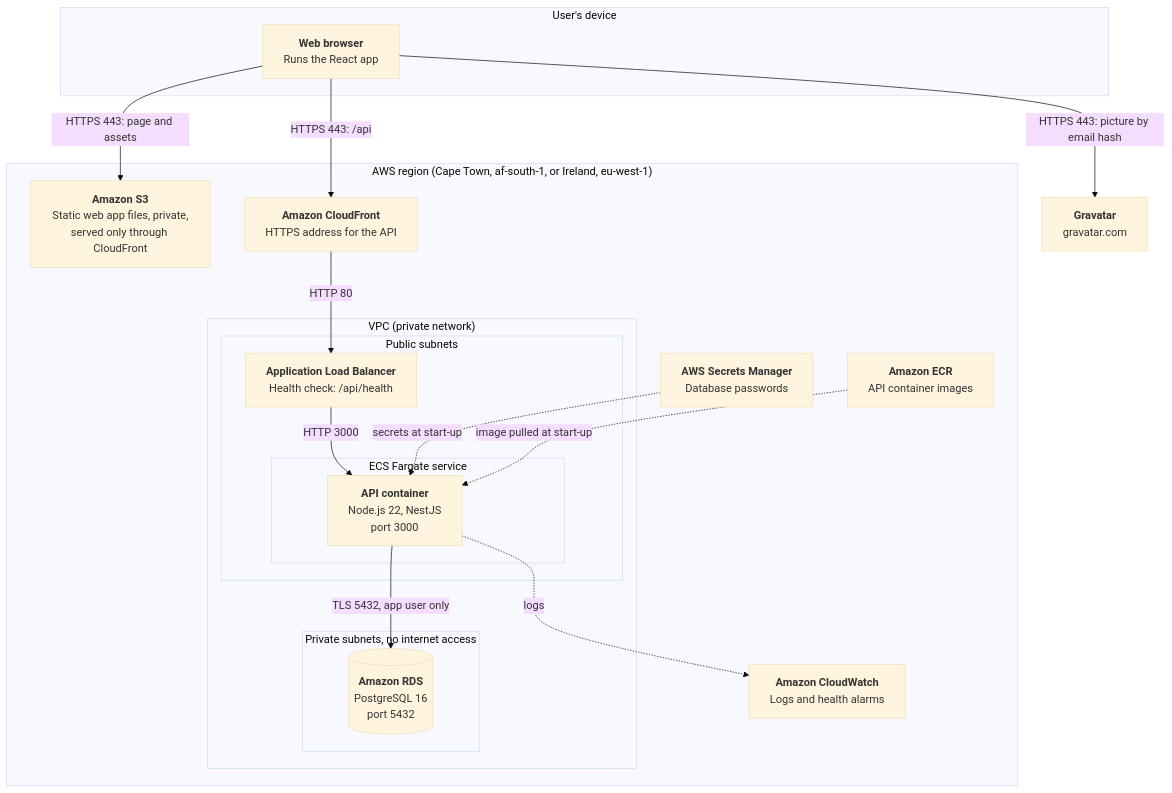
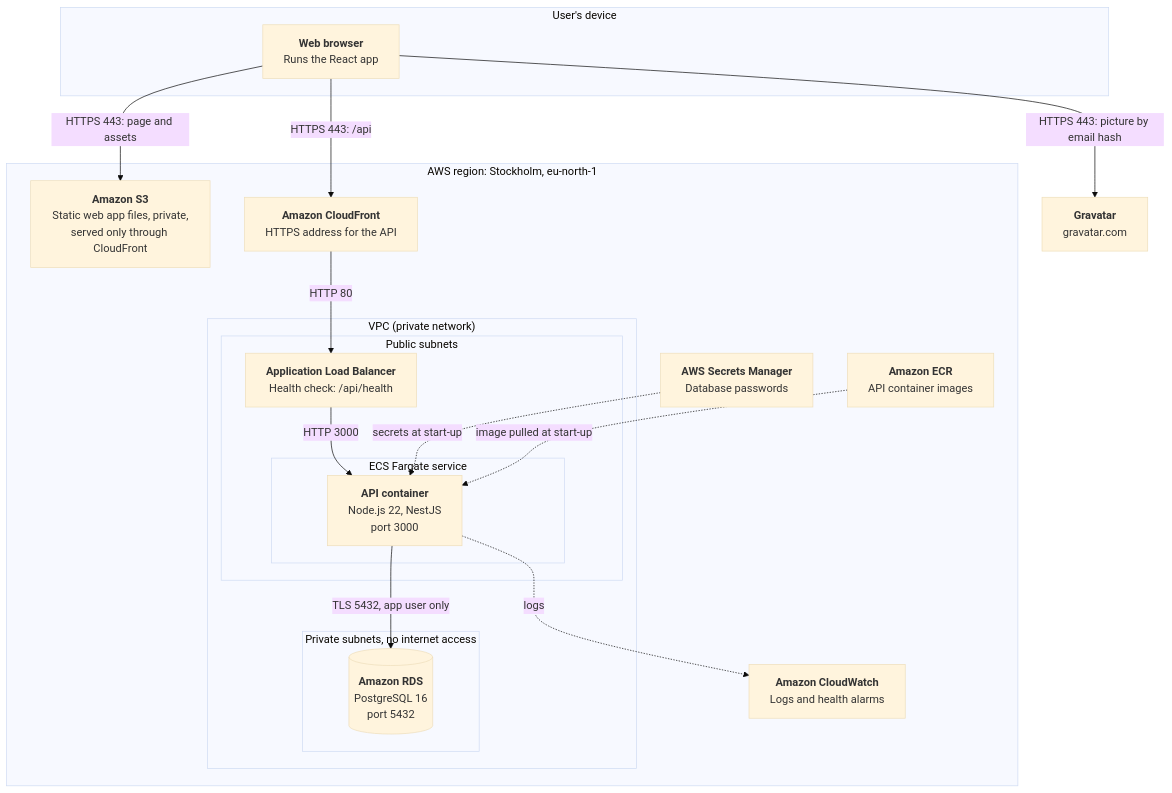
One commit to Ayush-B99/hierarchyHub changed the ninth of 10 diagrams in docs/sas/SAS.md. Above: the diagram before and after it, drawn with Mermaid (base theme). The commit also changed other lines of this file and 10 other files, not shown here.

````diff
--- a/docs/sas/SAS.md
+++ b/docs/sas/SAS.md
@@ -351,38 +351,38 @@
 ```mermaid
 flowchart TB
     subgraph device["User's device"]
         browser["<b>Web browser</b><br/>Runs the React app"]
     end
 
     grav["<b>Gravatar</b><br/>gravatar.com"]
 
-    subgraph aws["AWS region (Cape Town, af-south-1, or Ireland, eu-west-1)"]
+    subgraph aws["AWS region: Stockholm, eu-north-1"]
         amplify["<b>Amazon S3</b><br/>Static web app files, private,<br/>served only through CloudFront"]
         cf["<b>Amazon CloudFront</b><br/>HTTPS address for the API"]
         ecr["<b>Amazon ECR</b><br/>API container images"]
         sm["<b>AWS Secrets Manager</b><br/>Database passwords"]
         logs["<b>Amazon CloudWatch</b><br/>Logs and health alarms"]
 
         subgraph vpc["VPC (private network)"]
             subgraph pub["Public subnets"]
                 alb["<b>Application Load Balancer</b><br/>Health check: /api/health"]
                 subgraph ecs["ECS Fargate service"]
                     task["<b>API container</b><br/>Node.js 22, NestJS<br/>port 3000"]
                 end
             end
             subgraph priv["Private subnets, no internet access"]
                 rds[("<b>Amazon RDS</b><br/>PostgreSQL 16<br/>port 5432")]
             end
         end
     end
 
     browser -->|"HTTPS 443: page and assets"| amplify
     browser -->|"HTTPS 443: /api"| cf
     browser -->|"HTTPS 443: picture by email hash"| grav
     cf -->|"HTTP 80"| alb
     alb -->|"HTTP 3000"| task
     task -->|"TLS 5432, app user only"| rds
     sm -.->|"secrets at start-up"| task
     ecr -.->|"image pulled at start-up"| task
     task -.->|"logs"| logs
 ```
````
